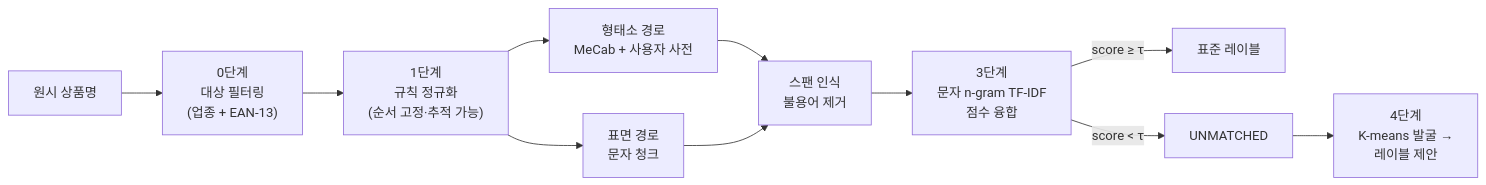
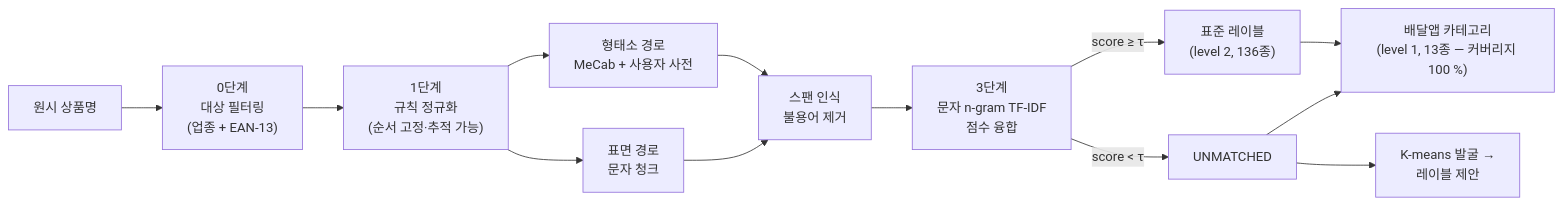
Before and after one commit to pmy02/Menunorm: the diagram in README.ko.md, drawn with Mermaid. The commit also changed other lines of this file and 22 other files, not shown here.

````diff
--- a/README.ko.md
+++ b/README.ko.md
@@ -40,13 +55,15 @@
 ```mermaid
 flowchart LR
     A[원시 상품명] --> B["0단계<br/>대상 필터링<br/>(업종 + EAN-13)"]
     B --> C["1단계<br/>규칙 정규화<br/>(순서 고정·추적 가능)"]
     C --> D1["형태소 경로<br/>MeCab + 사용자 사전"]
     C --> D2["표면 경로<br/>문자 청크"]
     D1 --> E["스팬 인식<br/>불용어 제거"]
     D2 --> E
     E --> F["3단계<br/>문자 n-gram TF-IDF<br/>점수 융합"]
-    F -->|"score ≥ τ"| G[표준 레이블]
+    F -->|"score ≥ τ"| G["표준 레이블<br/>(level 2, 136종)"]
     F -->|"score < τ"| H[UNMATCHED]
-    H --> I["4단계<br/>K-means 발굴 →<br/>레이블 제안"]
+    G --> J["배달앱 카테고리<br/>(level 1, 13종 — 커버리지 100 %)"]
+    H --> J
+    H --> I["K-means 발굴 →<br/>레이블 제안"]
 ```
````
